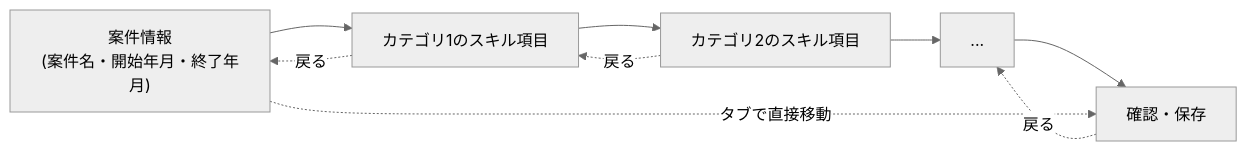
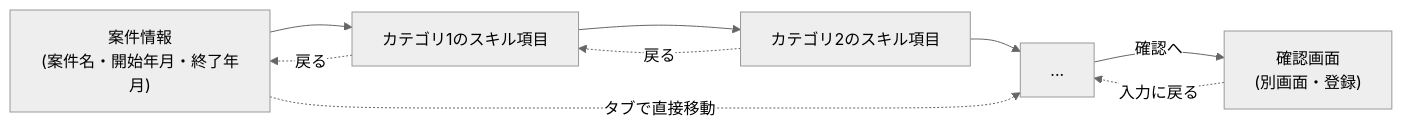
One commit to Seiya-Nakagawa/Portfolio changed the fourth of 4 diagrams in docs/02.design/DESIGN.md. Above: the diagram before and after it, drawn with Mermaid (neutral theme). The commit also changed other lines of this file and 1 other file, not shown here.

````diff
--- a/docs/02.design/DESIGN.md
+++ b/docs/02.design/DESIGN.md
@@ -300,11 +301,11 @@
 ```mermaid
 flowchart LR
     Info["案件情報\n(案件名・開始年月・終了年月)"] --> Cat1["カテゴリ1のスキル項目"]
     Cat1 --> Cat2["カテゴリ2のスキル項目"]
     Cat2 --> CatN["..."]
-    CatN --> Confirm["確認・保存"]
+    CatN -->|確認へ| Confirm["確認画面\n(別画面・登録)"]
     Cat1 -.戻る.-> Info
     Cat2 -.戻る.-> Cat1
-    Confirm -.戻る.-> CatN
-    Info -.タブで直接移動.-> Confirm
+    Confirm -.入力に戻る.-> CatN
+    Info -.タブで直接移動.-> CatN
 ```
````
